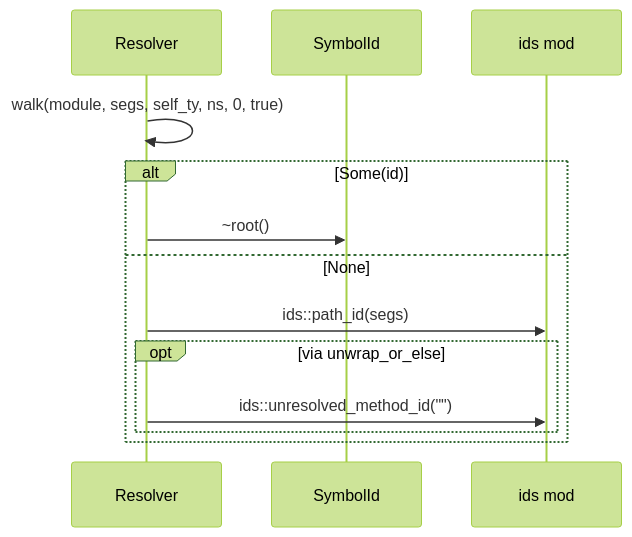
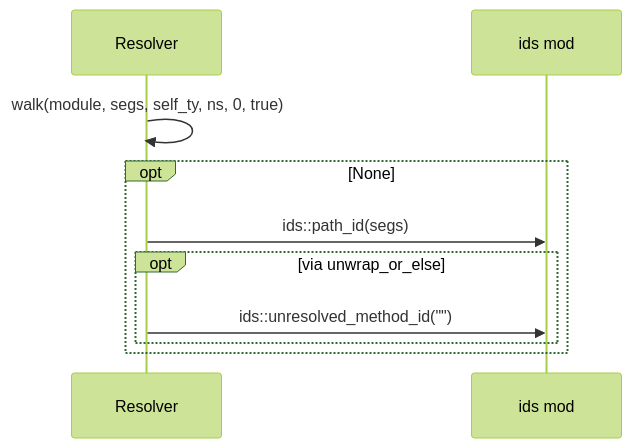
One commit to DreamLab-AI/codemaid changed diagram 11 of 25 in docs/sealmap/crates/sealmap-rust/src/resolve.rs.md. Above: the diagram before and after it, drawn with Mermaid (forest theme). The commit also changed 28 other files, not shown here.

````diff
--- a/docs/sealmap/crates/sealmap-rust/src/resolve.rs.md
+++ b/docs/sealmap/crates/sealmap-rust/src/resolve.rs.md
@@ -403,15 +403,12 @@
 ```mermaid
 sequenceDiagram
   participant sealmap_rust__resolve___tResolver as Resolver
-  participant sealmap_model__sym___tSymbolId as SymbolId
   participant sealmap_extract__ids as ids mod
   sealmap_rust__resolve___tResolver->>sealmap_rust__resolve___tResolver: walk(module, segs, self_ty, ns, 0, true)
-  alt Some(id)
-    sealmap_rust__resolve___tResolver->>sealmap_model__sym___tSymbolId: ~root()
-  else None
+  opt None
     sealmap_rust__resolve___tResolver->>sealmap_extract__ids: ids::path_id(segs)
     opt via unwrap_or_else
       sealmap_rust__resolve___tResolver->>sealmap_extract__ids: ids::unresolved_method_id(#quot;#quot;)
     end
   end
 ```
````
